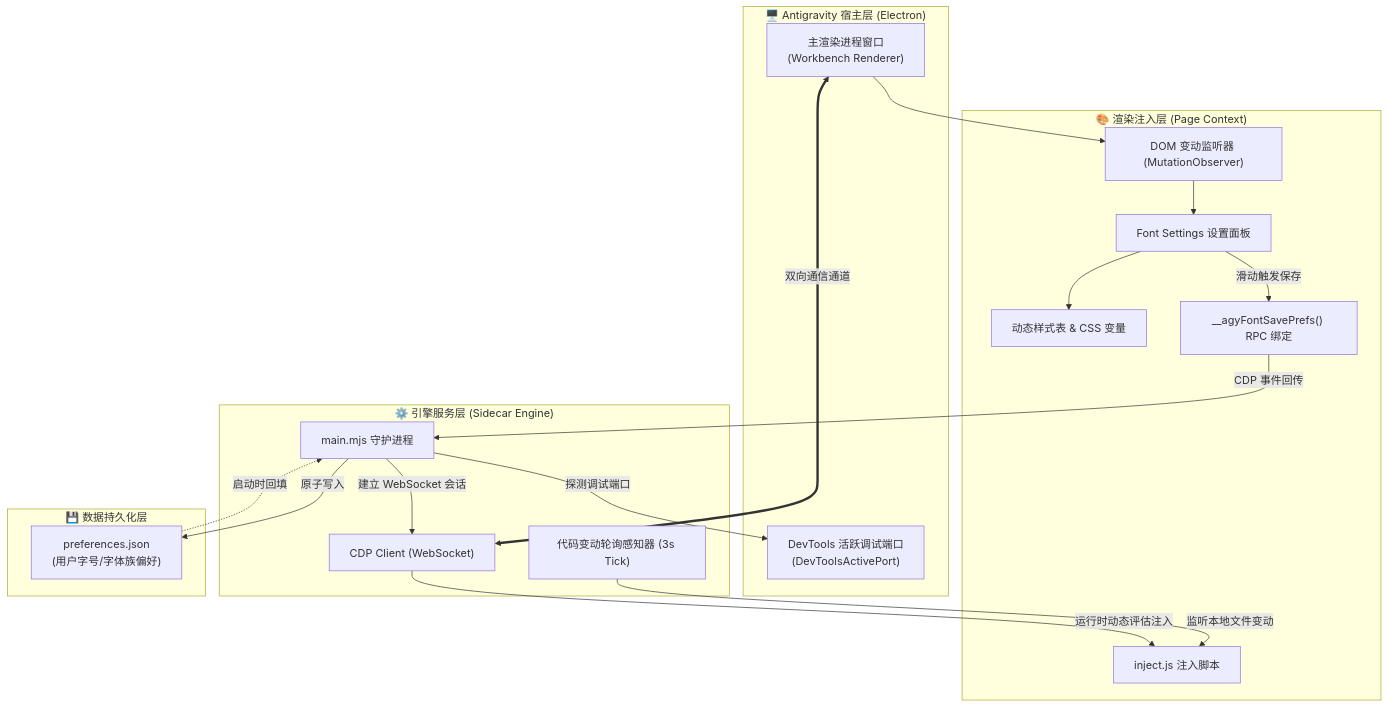
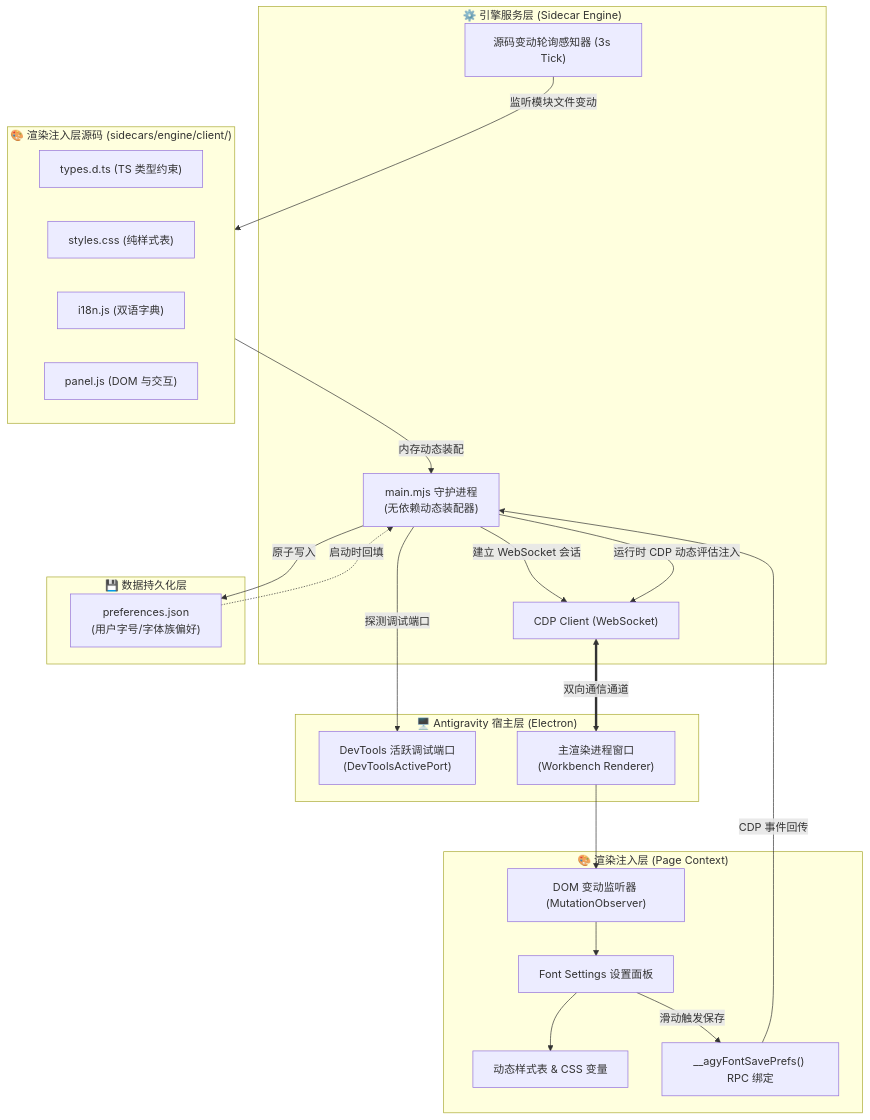
One commit to moumouye/Antigravity-font-settings changed the first of 3 diagrams in ARCHITECTURE.md. Above: the diagram before and after it, drawn with Mermaid. The commit also changed other lines of this file and 10 other files, not shown here.

````diff
--- a/ARCHITECTURE.md
+++ b/ARCHITECTURE.md
@@ -11,40 +11,47 @@
 ```mermaid
 flowchart TB
     subgraph Host ["🖥️ Antigravity 宿主层 (Electron)"]
         DevTools["DevTools 活跃调试端口<br/>(DevToolsActivePort)"]
         Renderer["主渲染进程窗口<br/>(Workbench Renderer)"]
     end
 
     subgraph Sidecar ["⚙️ 引擎服务层 (Sidecar Engine)"]
-        Main["main.mjs 守护进程"]
+        Main["main.mjs 守护进程<br/>(无依赖动态装配器)"]
         CDP["CDP Client (WebSocket)"]
-        Watcher["代码变动轮询感知器 (3s Tick)"]
+        Watcher["源码变动轮询感知器 (3s Tick)"]
+    end
+
+    subgraph Client ["🎨 渲染注入层源码 (sidecars/engine/client/)"]
+        Types["types.d.ts (TS 类型约束)"]
+        Styles["styles.css (纯样式表)"]
+        I18n["i18n.js (双语字典)"]
+        Panel["panel.js (DOM 与交互)"]
     end
 
     subgraph Injected ["🎨 渲染注入层 (Page Context)"]
-        Inject["inject.js 注入脚本"]
         Observer["DOM 变动监听器 (MutationObserver)"]
         SettingsTab["Font Settings 设置面板"]
         StyleTag["动态样式表 & CSS 变量"]
         Binding["__agyFontSavePrefs() RPC 绑定"]
     end
 
     subgraph Storage ["💾 数据持久化层"]
         Prefs["preferences.json<br/>(用户字号/字体族偏好)"]
     end
 
     Main -->|探测调试端口| DevTools
     Main -->|建立 WebSocket 会话| CDP
     CDP <==>|双向通信通道| Renderer
 
-    Watcher -->|监听本地文件变动| Inject
-    CDP -->|运行时动态评估注入| Inject
+    Watcher -->|监听模块文件变动| Client
+    Client -->|内存动态装配| Main
+    Main -->|运行时 CDP 动态评估注入| CDP
 
     Renderer --> Observer
     Observer --> SettingsTab
     SettingsTab --> StyleTag
     SettingsTab -->|滑动触发保存| Binding
     Binding -->|CDP 事件回传| Main
     Main -->|原子写入| Prefs
     Prefs -.->|启动时回填| Main
 ```
````
